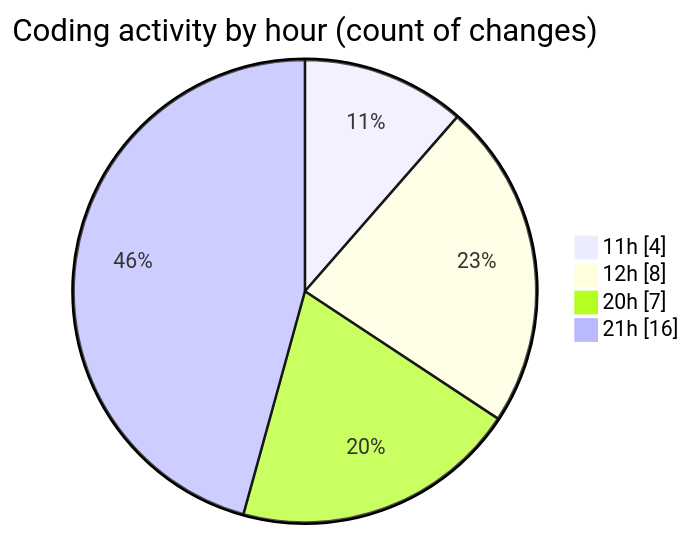
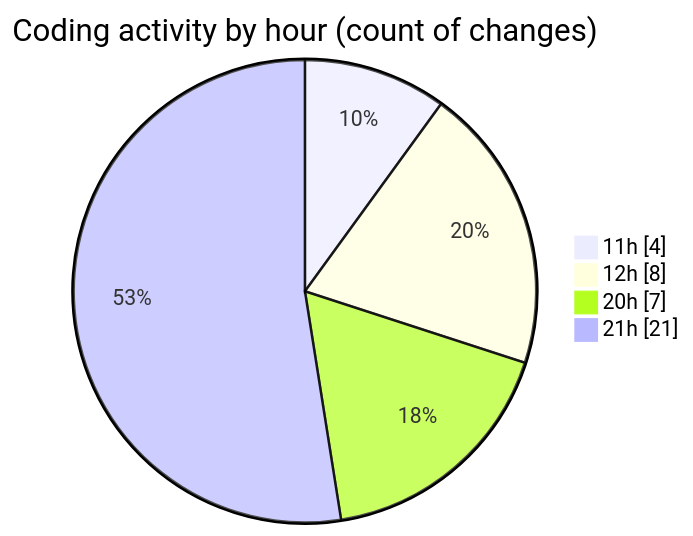
Before and after one commit to nxtqubesakshisongat/code-tracking: the second of 2 diagrams in 2025-10-24/javacript/README.md, drawn with Mermaid. The commit also changed other lines of this file and 1 other file, not shown here.

````diff
--- a/2025-10-24/javacript/README.md
+++ b/2025-10-24/javacript/README.md
@@ -28,8 +28,8 @@
 ```mermaid
 pie showData
 title Coding activity by hour (count of changes)
 "11h" : 4
 "12h" : 8
 "20h" : 7
-"21h" : 16
+"21h" : 21
 ```
````
